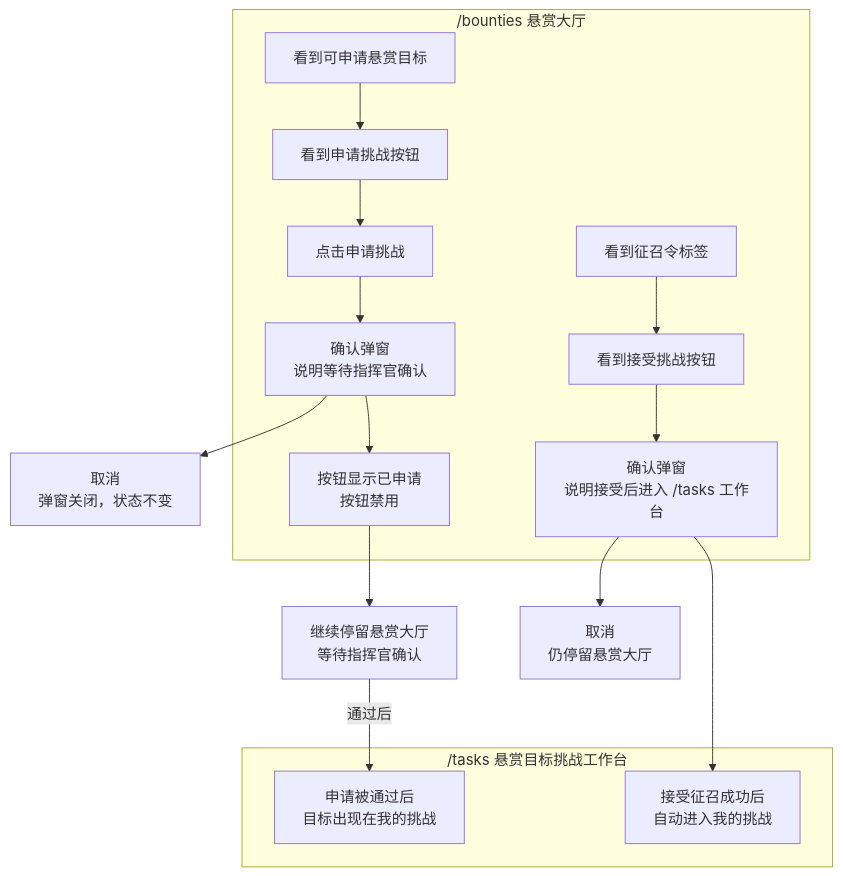
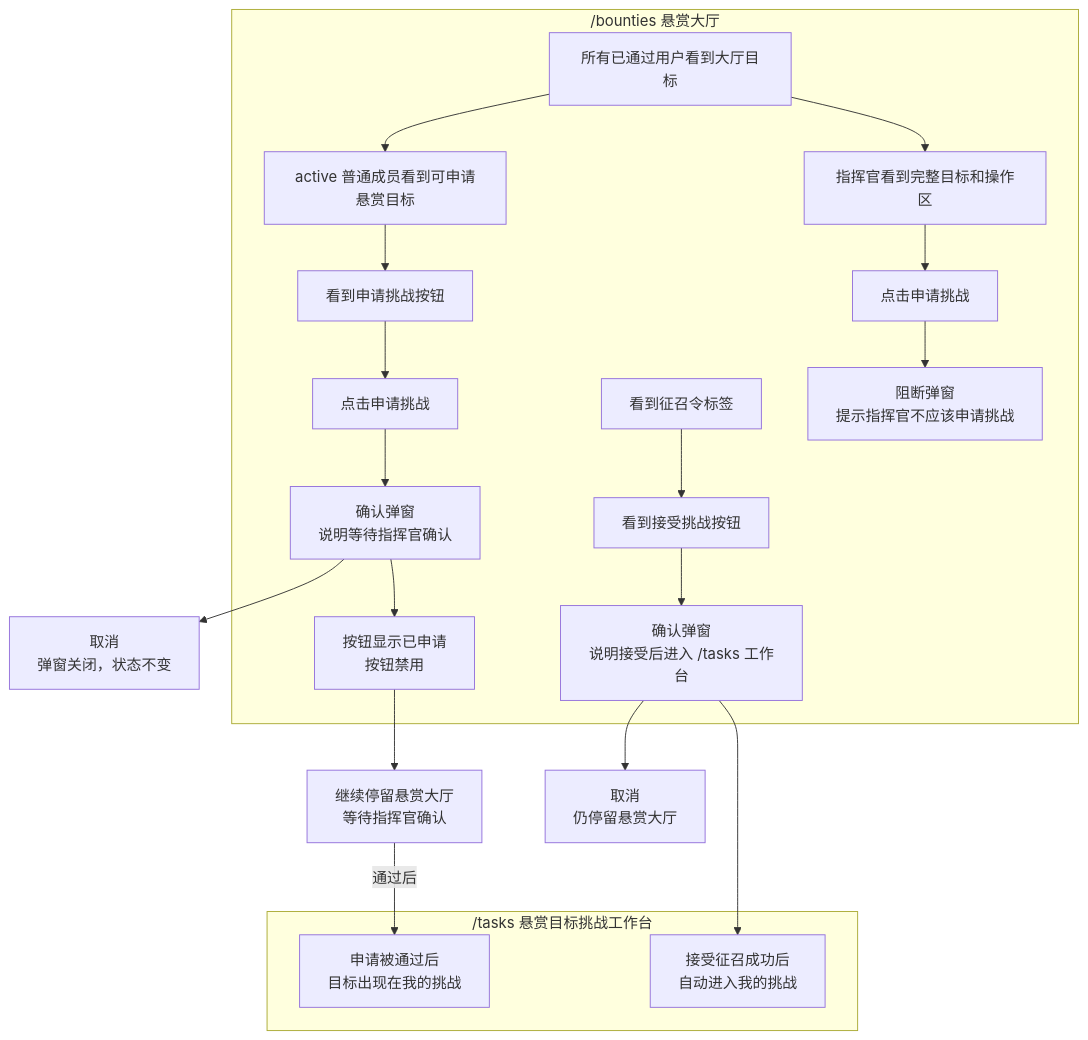
One commit to xueyu888/ORF changed the second of 7 diagrams in docs/frontend/ORF 前端流程测试.md. Above: the diagram before and after it, drawn with Mermaid. The commit also changed other lines of this file and 6 other files, not shown here.

````diff
--- a/docs/frontend/ORF 前端流程测试.md
+++ b/docs/frontend/ORF 前端流程测试.md
@@ -88,27 +91,32 @@
 ```mermaid
 flowchart TD
   subgraph Bounties["/bounties 悬赏大厅"]
-    A1[看到可申请悬赏目标]
+    A0[所有已通过用户看到大厅目标]
+    A1[active 普通成员看到可申请悬赏目标]
     A2[看到申请挑战按钮]
     A3[点击申请挑战]
     A4[确认弹窗<br/>说明等待指挥官确认]
     A5[按钮显示已申请<br/>按钮禁用]
     B1[看到征召令标签]
     B2[看到接受挑战按钮]
     B3[确认弹窗<br/>说明接受后进入 /tasks 工作台]
+    D1[指挥官看到完整目标和操作区]
+    D2[点击申请挑战]
+    D3[阻断弹窗<br/>提示指挥官不应该申请挑战]
   end
 
   subgraph Workbench["/tasks 悬赏目标挑战工作台"]
     C1[申请被通过后<br/>目标出现在我的挑战]
     C2[接受征召成功后<br/>自动进入我的挑战]
   end
 
-  A1 --> A2 --> A3 --> A4
+  A0 --> A1 --> A2 --> A3 --> A4
+  A0 --> D1 --> D2 --> D3
   A4 --> A6[取消<br/>弹窗关闭，状态不变]
   A4 --> A5
   A5 --> A7[继续停留悬赏大厅<br/>等待指挥官确认]
   A7 -->|通过后| C1
   B1 --> B2 --> B3
   B3 --> B4[取消<br/>仍停留悬赏大厅]
   B3 --> C2
 ```
````
